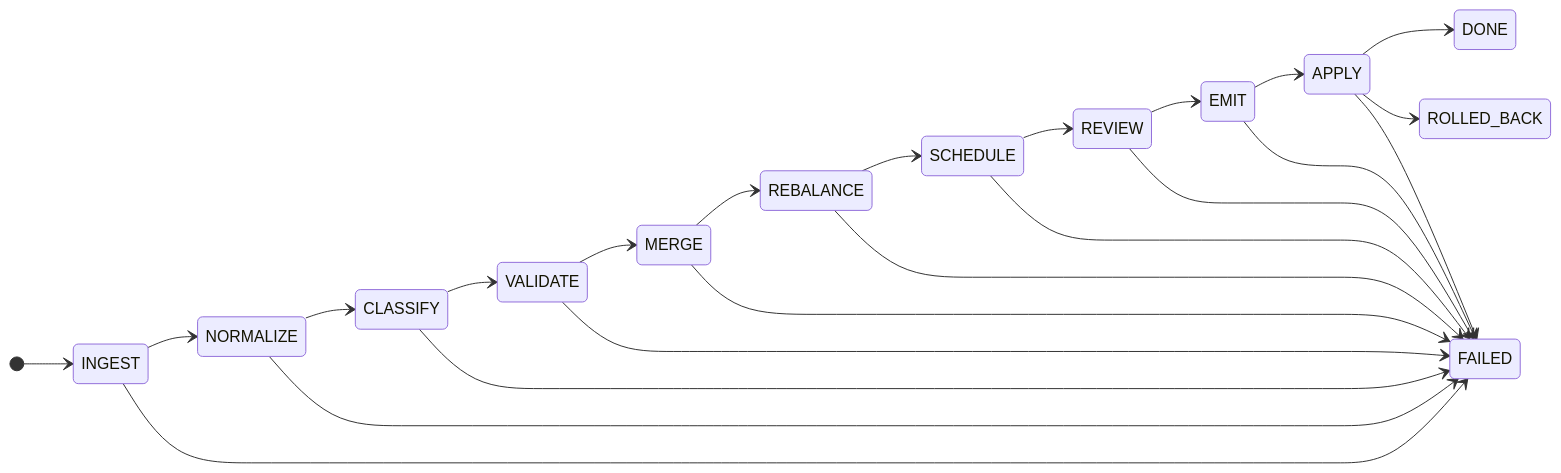
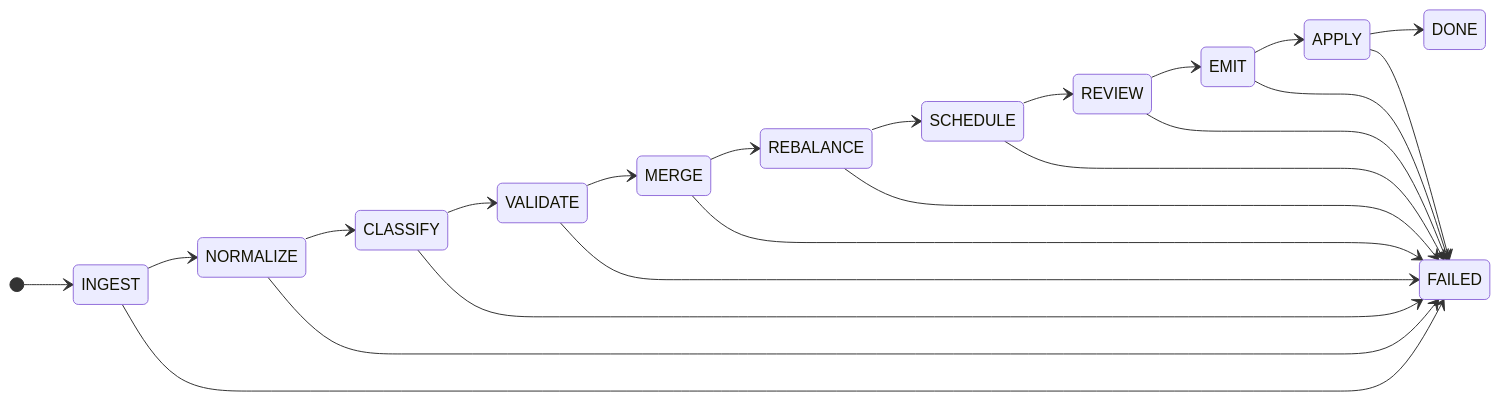
Before and after one commit to flyingrobots/xyph: the diagram in docs/diagrams/planning-pipeline.mmd, drawn with Mermaid. The commit also changed 28 other files, not shown here.

```diff
--- a/docs/diagrams/planning-pipeline.mmd
+++ b/docs/diagrams/planning-pipeline.mmd
@@ -1,24 +1,23 @@
 stateDiagram-v2
     direction LR
     [*] --> INGEST
     INGEST --> NORMALIZE
     NORMALIZE --> CLASSIFY
     CLASSIFY --> VALIDATE
     VALIDATE --> MERGE
     MERGE --> REBALANCE
     REBALANCE --> SCHEDULE
     SCHEDULE --> REVIEW
     REVIEW --> EMIT
     EMIT --> APPLY
     APPLY --> DONE
-    APPLY --> ROLLED_BACK
     INGEST --> FAILED
     NORMALIZE --> FAILED
     CLASSIFY --> FAILED
     VALIDATE --> FAILED
     MERGE --> FAILED
     REBALANCE --> FAILED
     SCHEDULE --> FAILED
     REVIEW --> FAILED
     EMIT --> FAILED
     APPLY --> FAILED
```
